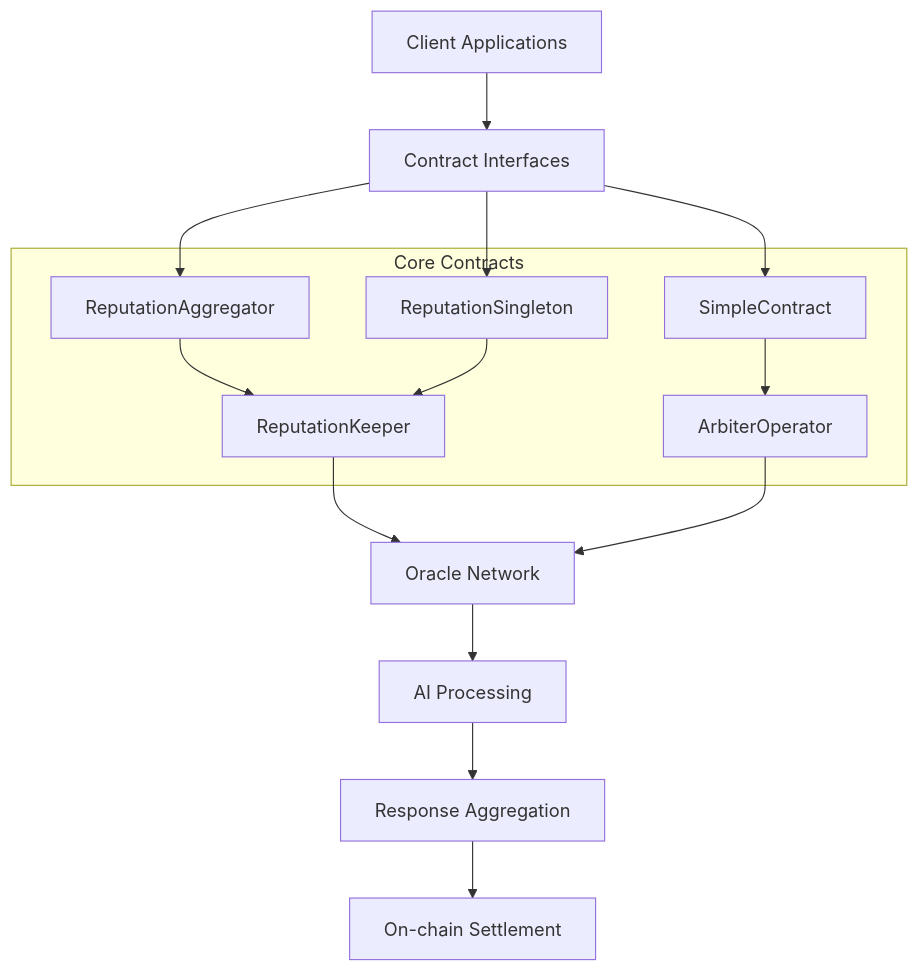
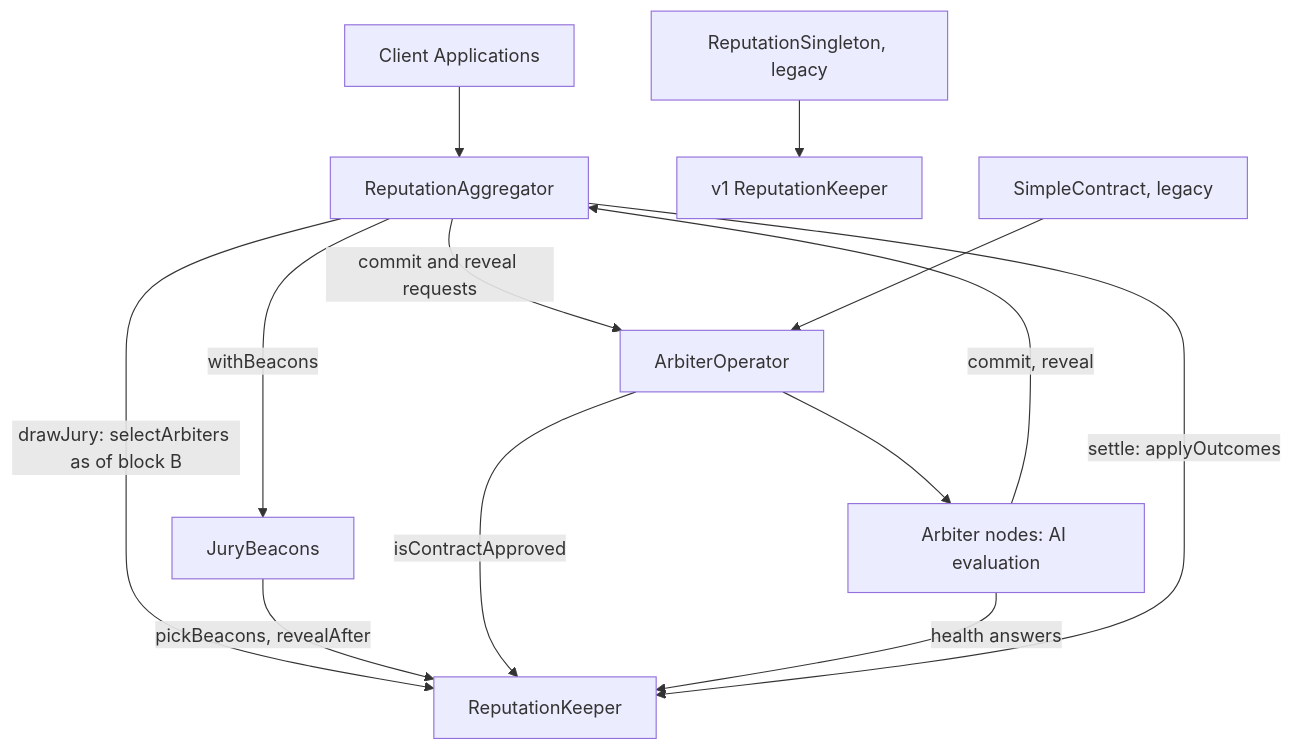
The diagram in docs/index.md (verdikta/verdikta-dispatcher), drawn with Mermaid before and after one commit. The commit also changed other lines of this file and 13 other files, not shown here.

````diff
--- a/docs/index.md
+++ b/docs/index.md
@@ -10,23 +10,15 @@
 ```mermaid
 graph TB
-    A[Client Applications] --> B[Contract Interfaces]
-    B --> C[ReputationAggregator]
-    B --> D[ReputationSingleton] 
-    B --> E[SimpleContract]
-    C --> F[ReputationKeeper]
-    D --> F
-    E --> G[ArbiterOperator]
-    F --> H[Oracle Network]
-    G --> H
-    H --> I[AI Processing]
-    I --> J[Response Aggregation]
-    J --> K[On-chain Settlement]
-    
-    subgraph "Core Contracts"
-        C
-        D
-        E
-        F
-        G
-    end
+    A[Client Applications] --> C[ReputationAggregator]
+    C -->|drawJury: selectArbiters as of block B| F[ReputationKeeper]
+    C -->|withBeacons| BC[JuryBeacons]
+    BC -->|pickBeacons, revealAfter| F
+    C -->|commit and reveal requests| G[ArbiterOperator]
+    G -->|isContractApproved| F
+    G --> H[Arbiter nodes: AI evaluation]
+    H -->|commit, reveal| C
+    H -->|health answers| F
+    C -->|settle: applyOutcomes| F
+    D[ReputationSingleton, legacy] --> F1[v1 ReputationKeeper]
+    E[SimpleContract, legacy] --> G
 ```
````
